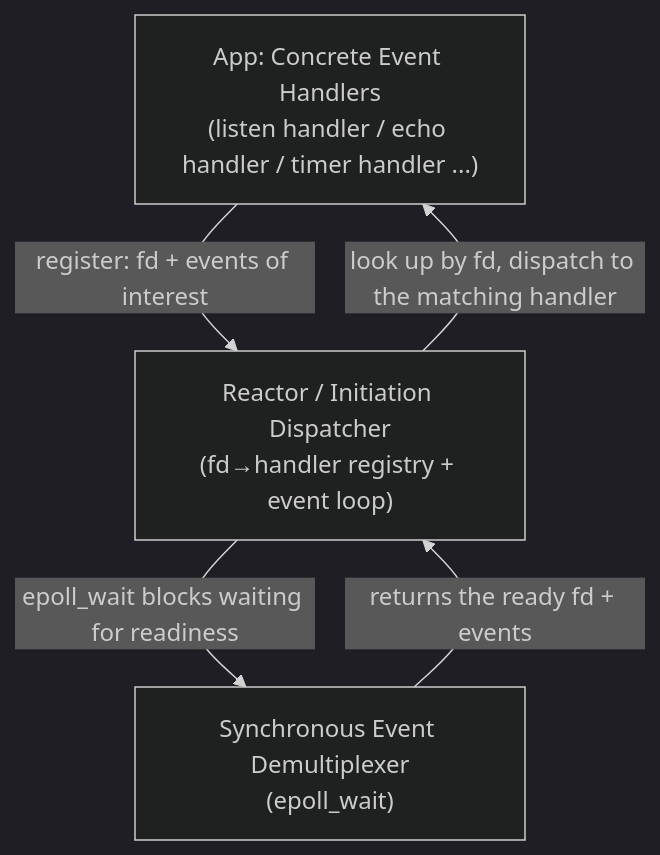
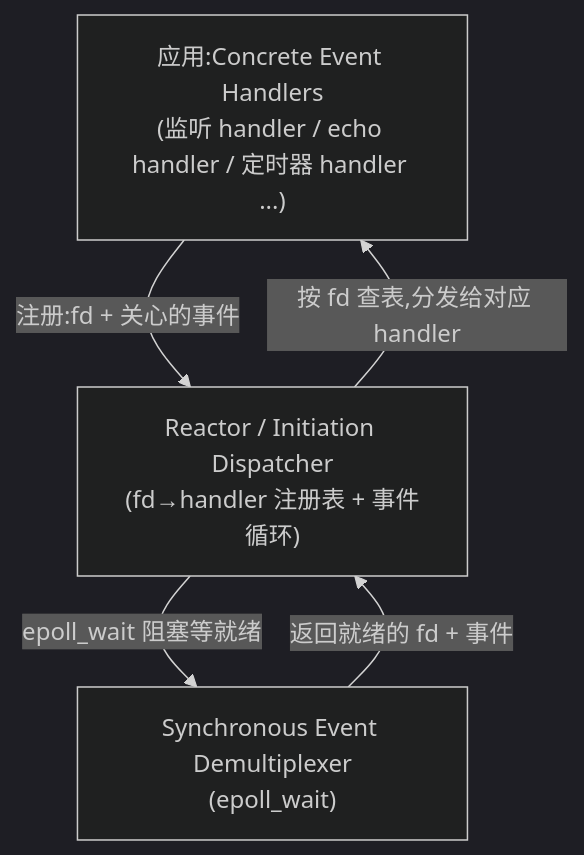
Before and after one commit to Awesome-Embedded-Learning-Studio/Tutorial_AwesomeModernCPP: the first of 2 diagrams in documents/en/vol8-domains/networking/03-reactor-pattern.md, drawn with Mermaid (dark theme). The commit also changed other lines of this file and 749 other files, not shown here.

````diff
--- a/documents/en/vol8-domains/networking/03-reactor-pattern.md
+++ b/documents/en/vol8-domains/networking/03-reactor-pattern.md
@@ -60,7 +60,7 @@
 ```mermaid
 flowchart TD
-    APP["App: Concrete Event Handlers<br/>(listen handler / echo handler / timer handler ...)"] -->|"register: fd + events of interest"| R["Reactor / Initiation Dispatcher<br/>(fd→handler registry + event loop)"]
-    R -->|"epoll_wait blocks waiting for readiness"| DM["Synchronous Event Demultiplexer<br/>(epoll_wait)"]
-    DM -->|"returns the ready fd + events"| R
-    R -->|"look up by fd, dispatch to the matching handler"| APP
+    APP["应用:Concrete Event Handlers<br/>(监听 handler / echo handler / 定时器 handler ...)"] -->|"注册:fd + 关心的事件"| R["Reactor / Initiation Dispatcher<br/>(fd→handler 注册表 + 事件循环)"]
+    R -->|"epoll_wait 阻塞等就绪"| DM["Synchronous Event Demultiplexer<br/>(epoll_wait)"]
+    DM -->|"返回就绪的 fd + 事件"| R
+    R -->|"按 fd 查表,分发给对应 handler"| APP
 ```
````
